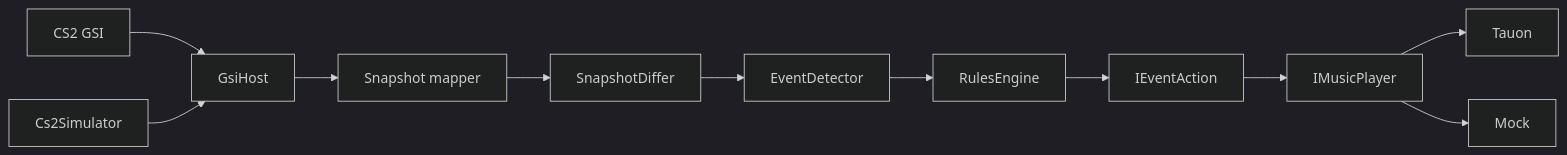
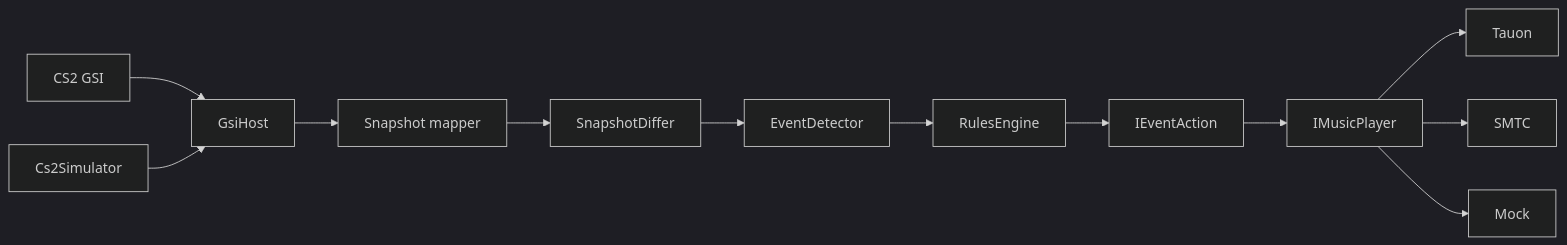
One commit to AlexksGud/Undefault changed the diagram in README.md. Above: the diagram before and after it, drawn with Mermaid (dark theme). The commit also changed other lines of this file and 7 other files, not shown here.

````diff
--- a/README.md
+++ b/README.md
@@ -49,13 +51,14 @@
 ```mermaid
 flowchart LR
   cs2[CS2 GSI] --> host[GsiHost]
   sim[Cs2Simulator] --> host
   host --> mapper[Snapshot mapper]
   mapper --> diff[SnapshotDiffer]
   diff --> detect[EventDetector]
   detect --> rules[RulesEngine]
   rules --> actions[IEventAction]
   actions --> player[IMusicPlayer]
   player --> tauon[Tauon]
+  player --> smtc[SMTC]
   player --> mock[Mock]
 ```
````
